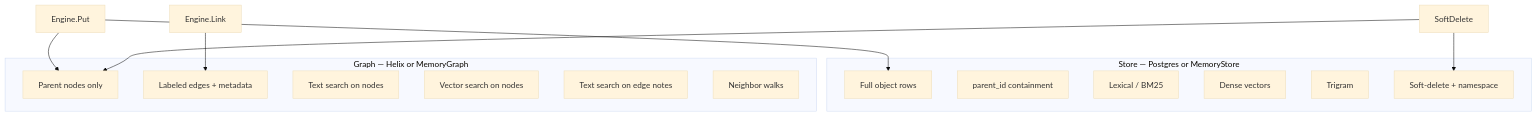
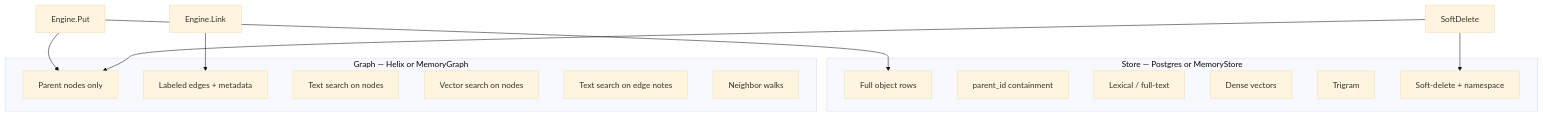
Before and after one commit to Ryanaldo34/tacklr: the fifth of 8 diagrams in docs/knowledge.md, drawn with Mermaid (base theme). The commit also changed other lines of this file and 9 other files, not shown here.

````diff
--- a/docs/knowledge.md
+++ b/docs/knowledge.md
@@ -377,26 +377,26 @@
 ```mermaid
 flowchart TB
     subgraph Store["Store — Postgres or MemoryStore"]
         Rows[Full object rows]
         Parts[parent_id containment]
-        BM25[Lexical / BM25]
+        Lex[Lexical / full-text]
         Vec[Dense vectors]
         Tri[Trigram]
         Soft[Soft-delete + namespace]
     end
 
     subgraph Graph["Graph — Helix or MemoryGraph"]
         Nodes[Parent nodes only]
         Edges[Labeled edges + metadata]
         Txt[Text search on nodes]
         GVec[Vector search on nodes]
         ETxt[Text search on edge notes]
         Walk[Neighbor walks]
     end
 
     Put[Engine.Put] --> Rows
     Put --> Nodes
     Link[Engine.Link] --> Edges
     SoftDel[SoftDelete] --> Nodes
     SoftDel --> Soft
 ```
````
